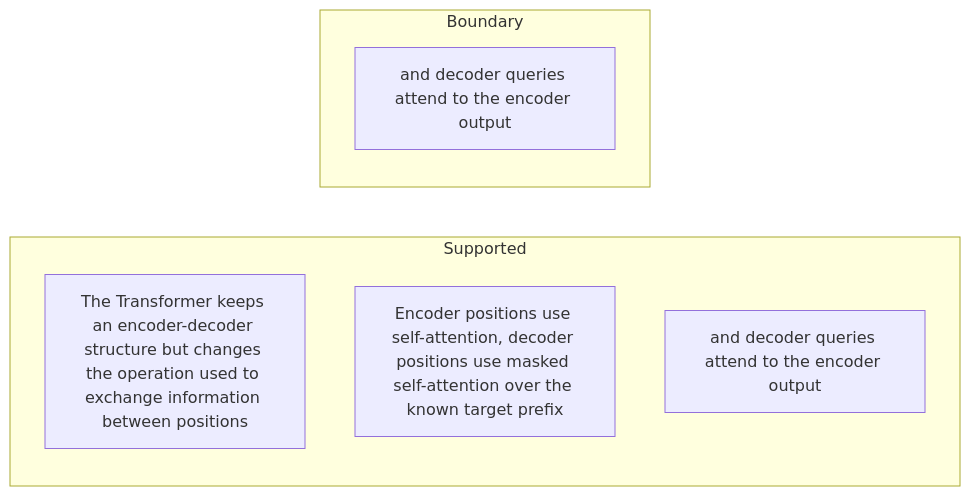
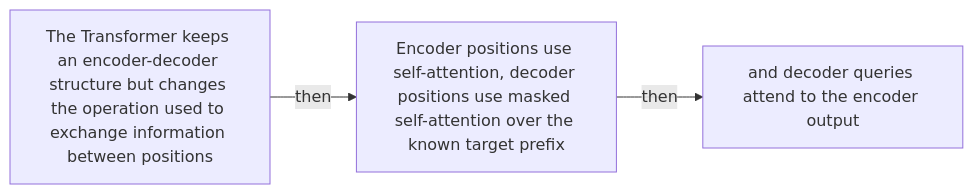
The ninth of 54 diagrams in docs/visual-manifests/VISUAL_MANIFEST_ATTENTION_IS_ALL_YOU_NEED.md (Betancourt1/paper_atlas), drawn with Mermaid before and after one commit. The commit also changed other lines of this file and 7 other files, not shown here.

````diff
--- a/docs/visual-manifests/VISUAL_MANIFEST_ATTENTION_IS_ALL_YOU_NEED.md
+++ b/docs/visual-manifests/VISUAL_MANIFEST_ATTENTION_IS_ALL_YOU_NEED.md
@@ -679,11 +664,8 @@
 ```mermaid
 flowchart LR
-  subgraph Supported
-    a1["The Transformer keeps an encoder-decoder structure but changes the operation used to exchange information between positions"]
-    a2["Encoder positions use self-attention, decoder positions use masked self-attention over the known target prefix"]
-    a3["and decoder queries attend to the encoder output"]
-  end
-  subgraph Boundary
-    b1["and decoder queries attend to the encoder output"]
-  end
+  n1["The Transformer keeps an encoder-decoder structure but changes the operation used to exchange information between positions"]
+  n2["Encoder positions use self-attention, decoder positions use masked self-attention over the known target prefix"]
+  n3["and decoder queries attend to the encoder output"]
+  n1 -->|"then"| n2
+  n2 -->|"then"| n3
 ```
````
